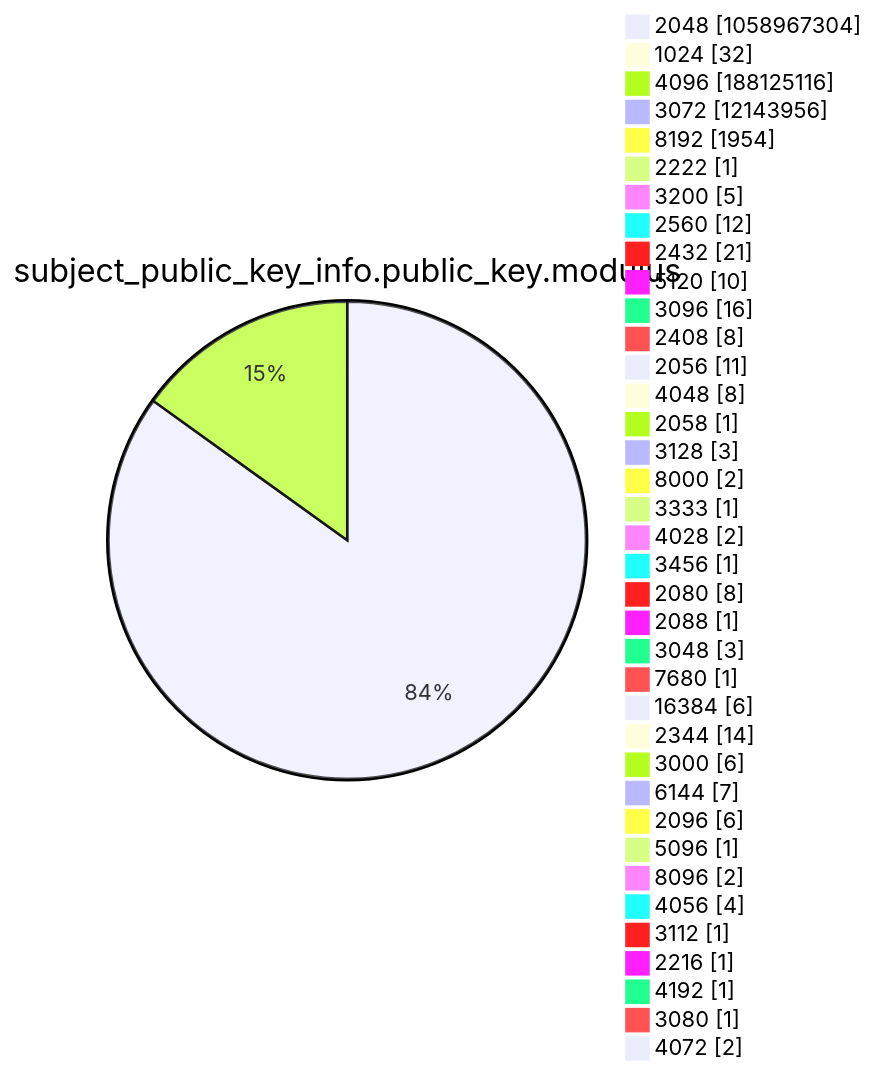
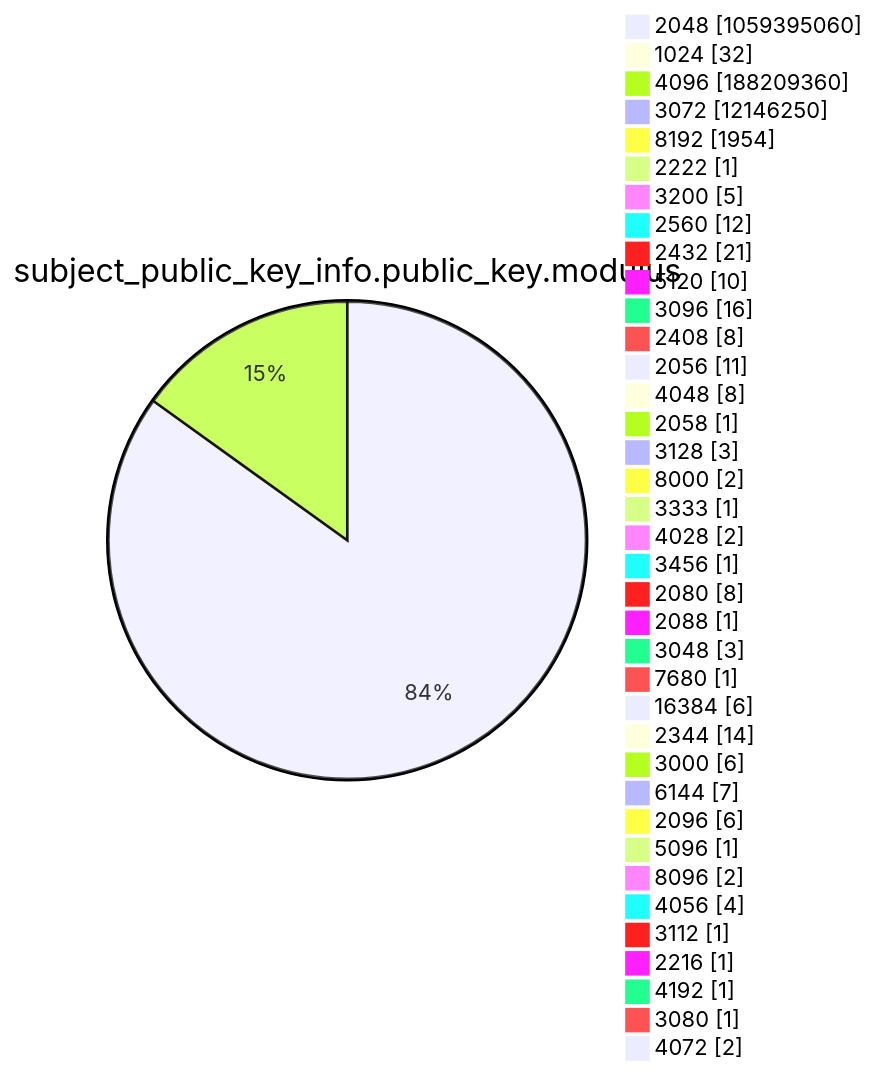
One commit to christiankrug/ctmonitor_visualization changed diagram 13 of 15 in argon2022/README.md. Above: the diagram before and after it, drawn with Mermaid. The commit also changed other lines of this file, not shown here.

````diff
--- a/argon2022/README.md
+++ b/argon2022/README.md
@@ -3589,41 +3589,41 @@
 ```mermaid
 pie showData
 title subject_public_key_info.public_key.modulus
-"2048" :1058967304
+"2048" :1059395060
 "1024" :32
-"4096" :188125116
-"3072" :12143956
+"4096" :188209360
+"3072" :12146250
 "8192" :1954
 "2222" :1
 "3200" :5
 "2560" :12
 "2432" :21
 "5120" :10
 "3096" :16
 "2408" :8
 "2056" :11
 "4048" :8
 "2058" :1
 "3128" :3
 "8000" :2
 "3333" :1
 "4028" :2
 "3456" :1
 "2080" :8
 "2088" :1
 "3048" :3
 "7680" :1
 "16384" :6
 "2344" :14
 "3000" :6
 "6144" :7
 "2096" :6
 "5096" :1
 "8096" :2
 "4056" :4
 "3112" :1
 "2216" :1
 "4192" :1
 "3080" :1
 "4072" :2
 ```
````
